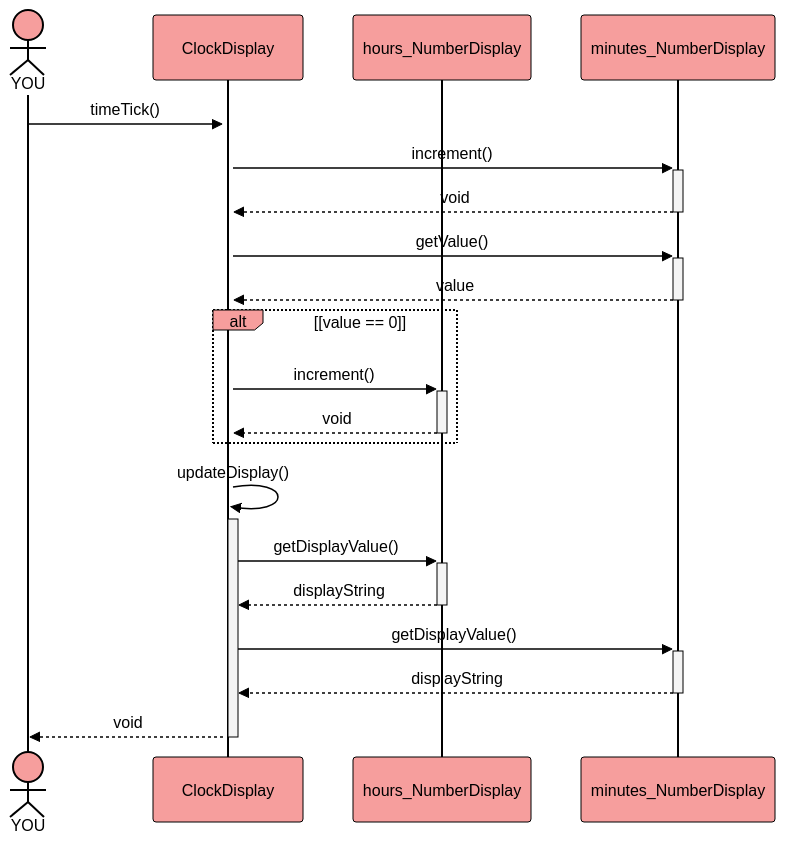
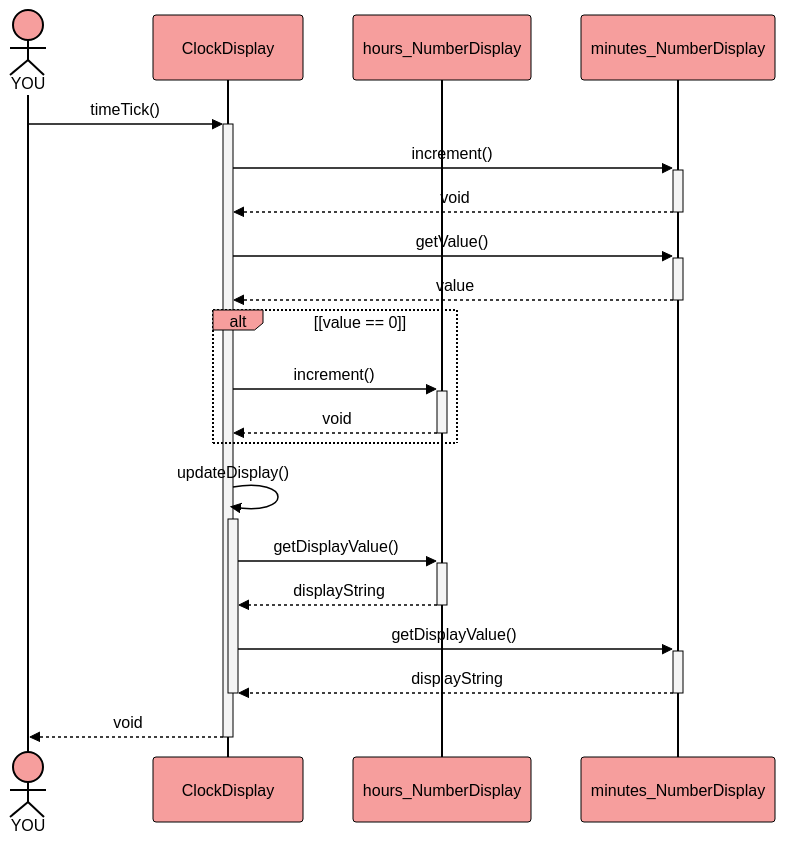
Before and after one commit to bkleinen/bkleinen.github.io: the fourth of 5 diagrams in hugo/content/material/info1/clock_display_refactoring/original_clock_display.md, drawn with Mermaid. The commit also changed other lines of this file and 6 other files, not shown here.

Commit message:
worked on clock display text

````diff
--- a/hugo/content/material/info1/clock_display_refactoring/original_clock_display.md
+++ b/hugo/content/material/info1/clock_display_refactoring/original_clock_display.md
@@ -124,44 +127,44 @@
 ```mermaid
 %%{
   init: {
     'theme': 'base',
     'themeVariables': {
       'primaryColor': '#f69e9d', 
       'primaryTextColor': '#000',
       'primaryBorderColor': '#000',
       'lineColor': '#F8B229',
       'secondaryColor': '#f4f4f4',
       'activationBorderColor': '#000',
       'tertiaryColor': '#fff'
     }
   }
 }%%
 sequenceDiagram
     actor YOU
     participant ClockDisplay
     participant hours_NumberDisplay
     participant minutes_NumberDisplay
 
     YOU->>+ClockDisplay: timeTick()
     ClockDisplay->>+minutes_NumberDisplay:increment()
     minutes_NumberDisplay-->>-ClockDisplay:void
 
     ClockDisplay->>+minutes_NumberDisplay:getValue()
     minutes_NumberDisplay-->>-ClockDisplay:value
 
     alt [value == 0]
 
     ClockDisplay->>+hours_NumberDisplay:increment()
     hours_NumberDisplay-->>-ClockDisplay:void
     end
+  
 
     ClockDisplay->>+ClockDisplay:updateDisplay()
     ClockDisplay->>+hours_NumberDisplay:getDisplayValue()
     hours_NumberDisplay-->>-ClockDisplay:displayString
     ClockDisplay->>+minutes_NumberDisplay:getDisplayValue()
     minutes_NumberDisplay-->>-ClockDisplay:displayString
-    
+    deactivate ClockDisplay
 
     ClockDisplay-->>-YOU:void
-
 ```
````
